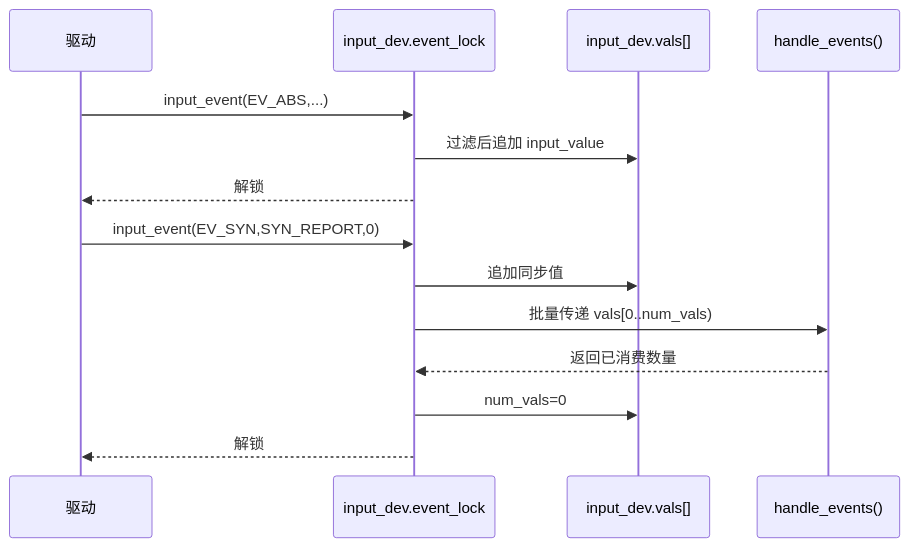
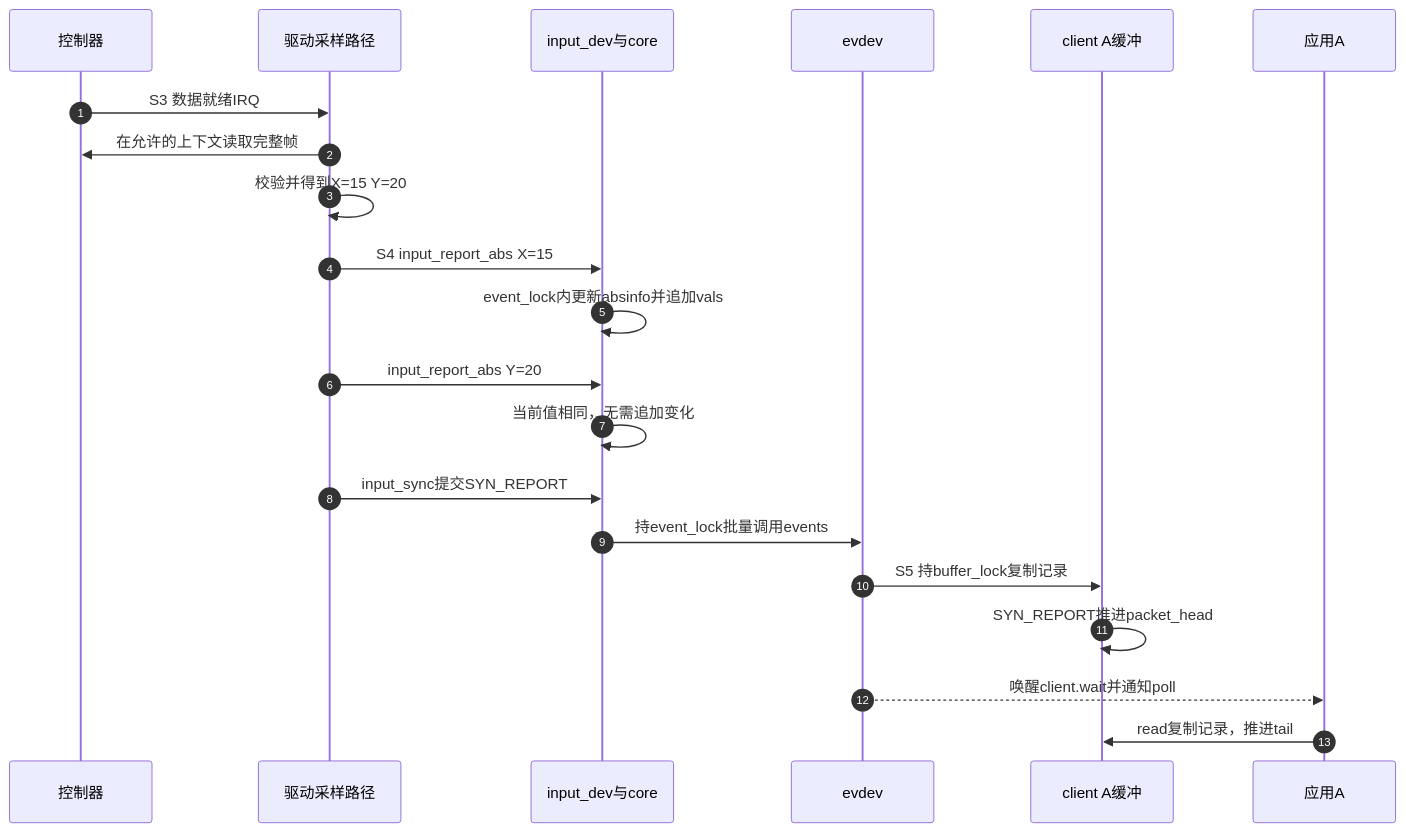
One commit to FormingSystem/linux_note changed the second of 3 diagrams in knowledge/driver_model/input/P02_体系结构与事件传递.md. Above: the diagram before and after it, drawn with Mermaid. The commit also changed other lines of this file and 14 other files, not shown here.

````diff
--- a/knowledge/driver_model/input/P02_体系结构与事件传递.md
+++ b/knowledge/driver_model/input/P02_体系结构与事件传递.md
@@ -96,16 +83,23 @@
 ```mermaid
 sequenceDiagram
-    participant D as 驱动
-    participant L as input_dev.event_lock
-    participant V as input_dev.vals[]
-    participant H as handle_events()
-    D->>L: input_event(EV_ABS,...)
-    L->>V: 过滤后追加 input_value
-    L-->>D: 解锁
-    D->>L: input_event(EV_SYN,SYN_REPORT,0)
-    L->>V: 追加同步值
-    L->>H: 批量传递 vals[0..num_vals)
-    H-->>L: 返回已消费数量
-    L->>V: num_vals=0
-    L-->>D: 解锁
+    autonumber
+    participant H as 控制器
+    participant D as 驱动采样路径
+    participant I as input_dev与core
+    participant E as evdev
+    participant A as client A缓冲
+    participant U as 应用A
+    H->>D: S3 数据就绪IRQ
+    D->>H: 在允许的上下文读取完整帧
+    D->>D: 校验并得到X=15 Y=20
+    D->>I: S4 input_report_abs X=15
+    I->>I: event_lock内更新absinfo并追加vals
+    D->>I: input_report_abs Y=20
+    I->>I: 当前值相同，无需追加变化
+    D->>I: input_sync提交SYN_REPORT
+    I->>E: 持event_lock批量调用events
+    E->>A: S5 持buffer_lock复制记录
+    A->>A: SYN_REPORT推进packet_head
+    E-->>U: 唤醒client.wait并通知poll
+    U->>A: read复制记录，推进tail
 ```
````
